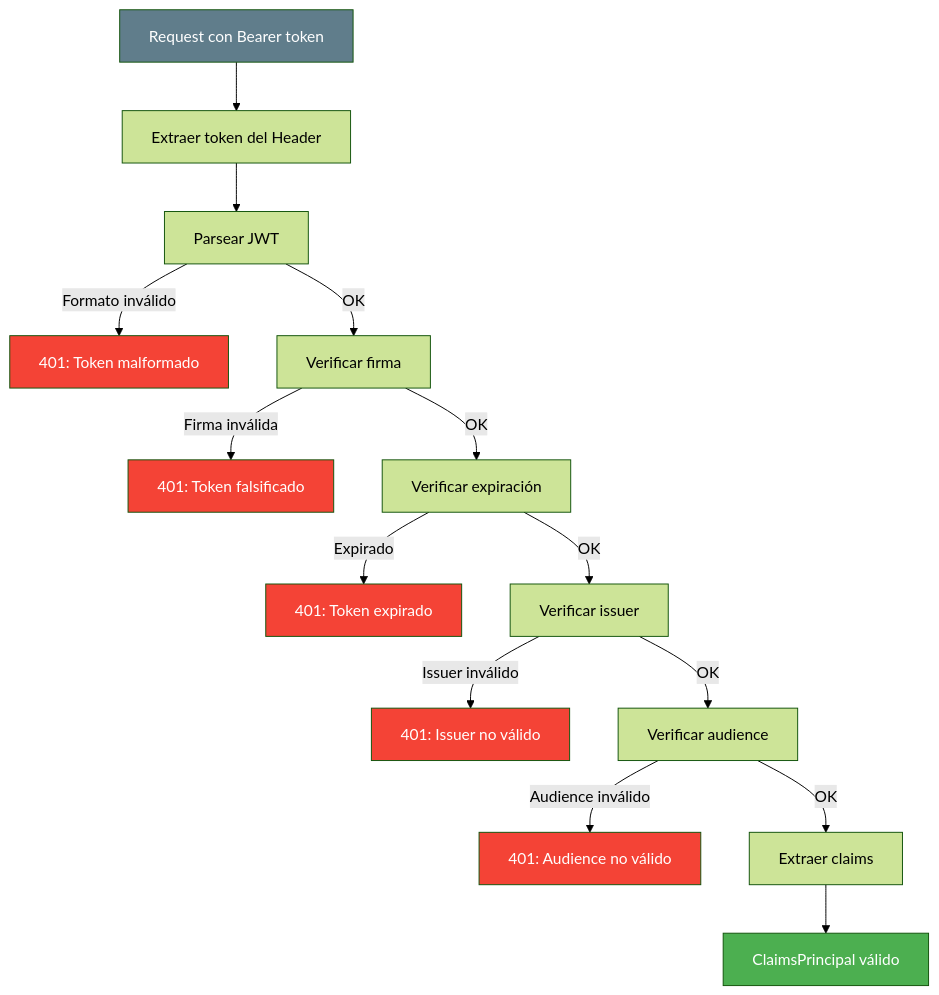
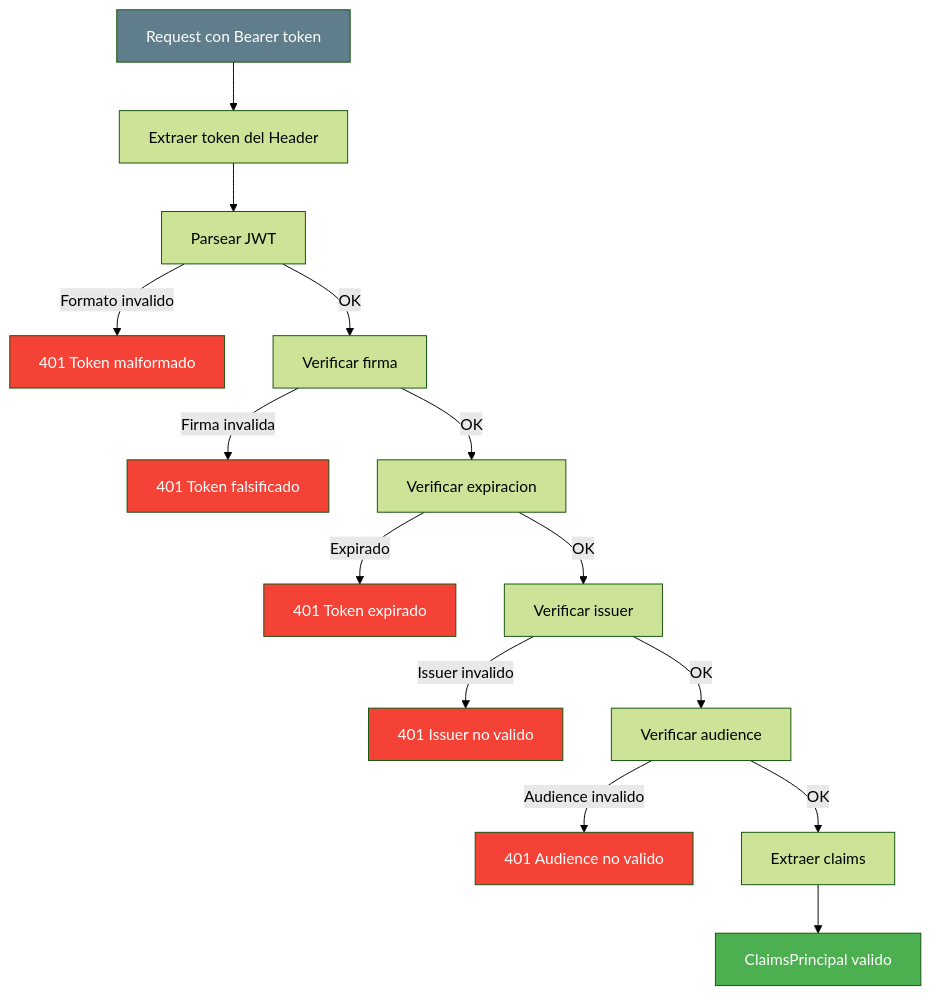
One commit to joseluisgs/DesarrolloWebEntornosServidor-02-2026-2027 changed the fourth of 8 diagrams in 16-autenticacion.md. Above: the diagram before and after it, drawn with Mermaid (forest theme). The commit also changed other lines of this file and 1 other file, not shown here.

First line of the commit message:
[fix] UD02: Temas 16 y 17 reescritos con Mermaid corregido y texto explicativo

````diff
--- a/16-autenticacion.md
+++ b/16-autenticacion.md
@@ -241,24 +249,24 @@
 ```mermaid
 flowchart TD
-    A["Request con Bearer token"] --> B["Extraer token del Header"]
-    B --> C["Parsear JWT"]
-    C -->|Formato inválido| D["401: Token malformado"]
-    C -->|OK| E["Verificar firma"]
-    E -->|Firma inválida| F["401: Token falsificado"]
-    E -->|OK| G["Verificar expiración"]
-    G -->|Expirado| H["401: Token expirado"]
-    G -->|OK| I["Verificar issuer"]
-    I -->|Issuer inválido| J["401: Issuer no válido"]
-    I -->|OK| K["Verificar audience"]
-    K -->|Audience inválido| L["401: Audience no válido"]
-    K -->|OK| M["Extraer claims"]
-    M --> N["ClaimsPrincipal válido"]
+    A[Request con Bearer token] --> B[Extraer token del Header]
+    B --> C[Parsear JWT]
+    C -->|Formato invalido| D[401 Token malformado]
+    C -->|OK| E[Verificar firma]
+    E -->|Firma invalida| F[401 Token falsificado]
+    E -->|OK| G[Verificar expiracion]
+    G -->|Expirado| H[401 Token expirado]
+    G -->|OK| I[Verificar issuer]
+    I -->|Issuer invalido| J[401 Issuer no valido]
+    I -->|OK| K[Verificar audience]
+    K -->|Audience invalido| L[401 Audience no valido]
+    K -->|OK| M[Extraer claims]
+    M --> N[ClaimsPrincipal valido]
 
     style A fill:#607D8B,color:#fff
     style D fill:#f44336,color:#fff
     style F fill:#f44336,color:#fff
     style H fill:#f44336,color:#fff
     style J fill:#f44336,color:#fff
     style L fill:#f44336,color:#fff
     style N fill:#4CAF50,color:#fff
 ```
````
